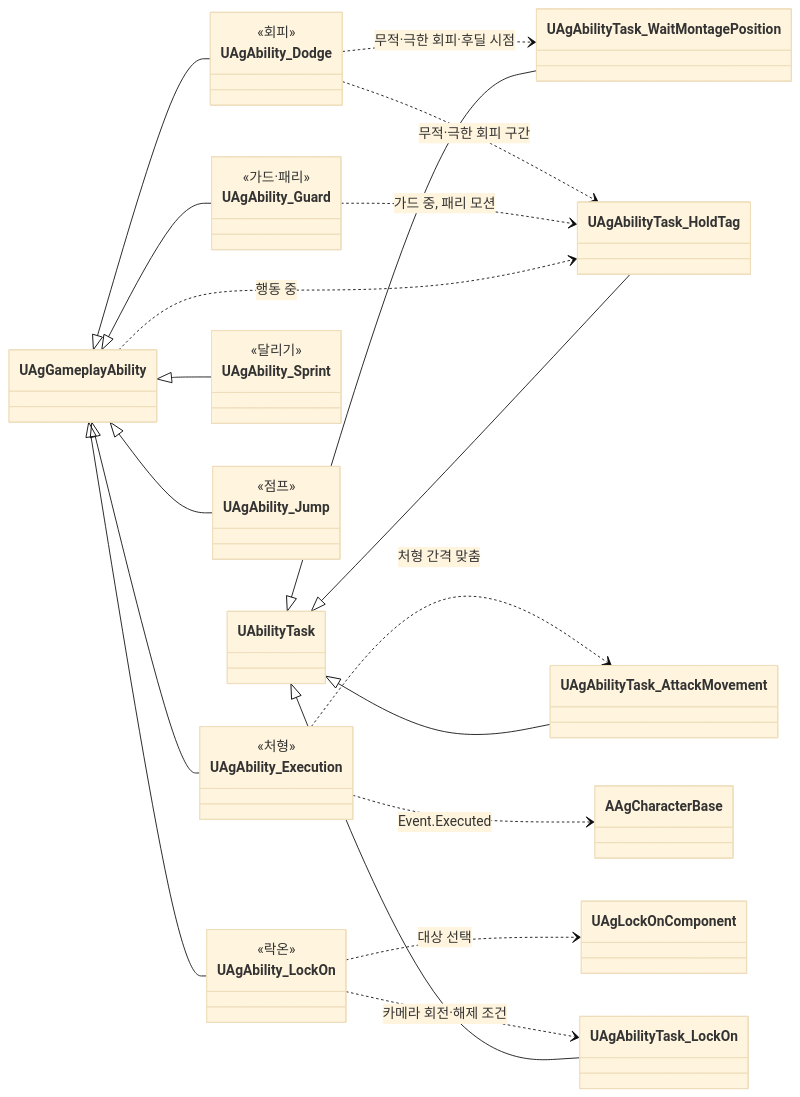
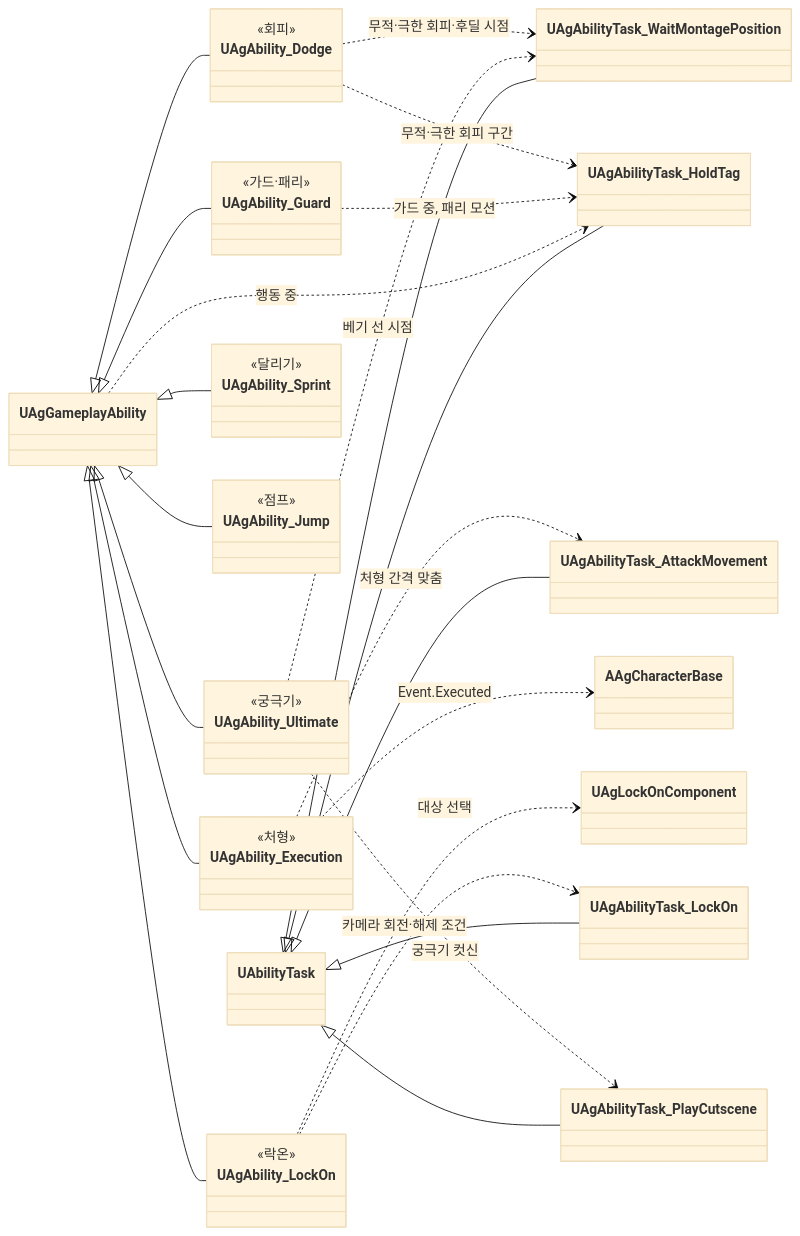
Before and after one commit to Woogl/Ag: the sixth of 21 diagrams in Docs/Program/클래스 구조도.md, drawn with Mermaid (base theme). The commit also changed other lines of this file and 44 other files, not shown here.

````diff
--- a/Docs/Program/클래스 구조도.md
+++ b/Docs/Program/클래스 구조도.md
@@ -222,41 +219,48 @@
 ```mermaid
 classDiagram
     direction LR
     class UAgAbility_Dodge {
         <<회피>>
     }
     class UAgAbility_Guard {
         <<가드·패리>>
     }
     class UAgAbility_Execution {
         <<처형>>
     }
     class UAgAbility_Sprint {
         <<달리기>>
     }
     class UAgAbility_Jump {
         <<점프>>
     }
     class UAgAbility_LockOn {
         <<락온>>
     }
+    class UAgAbility_Ultimate {
+        <<궁극기>>
+    }
     UAgGameplayAbility <|-- UAgAbility_Dodge
     UAgGameplayAbility <|-- UAgAbility_Guard
     UAgGameplayAbility <|-- UAgAbility_Execution
     UAgGameplayAbility <|-- UAgAbility_Sprint
     UAgGameplayAbility <|-- UAgAbility_Jump
     UAgGameplayAbility <|-- UAgAbility_LockOn
+    UAgGameplayAbility <|-- UAgAbility_Ultimate
 
     UAgAbility_Execution ..> UAgAbilityTask_AttackMovement : 처형 간격 맞춤
     UAgAbility_Dodge ..> UAgAbilityTask_WaitMontagePosition : 무적·극한 회피·후딜 시점
     UAgAbility_Dodge ..> UAgAbilityTask_HoldTag : 무적·극한 회피 구간
     UAgAbility_Guard ..> UAgAbilityTask_HoldTag : 가드 중, 패리 모션
     UAgGameplayAbility ..> UAgAbilityTask_HoldTag : 행동 중
     UAgAbility_Execution ..> AAgCharacterBase : Event.Executed
     UAgAbility_LockOn ..> UAgLockOnComponent : 대상 선택
     UAgAbility_LockOn ..> UAgAbilityTask_LockOn : 카메라 회전·해제 조건
+    UAgAbility_Ultimate ..> UAgAbilityTask_PlayCutscene : 궁극기 컷신
+    UAgAbility_Ultimate ..> UAgAbilityTask_WaitMontagePosition : 베기 선 시점
     UAbilityTask <|-- UAgAbilityTask_WaitMontagePosition
     UAbilityTask <|-- UAgAbilityTask_LockOn
+    UAbilityTask <|-- UAgAbilityTask_PlayCutscene
     UAbilityTask <|-- UAgAbilityTask_AttackMovement
     UAbilityTask <|-- UAgAbilityTask_HoldTag
 ```
````
